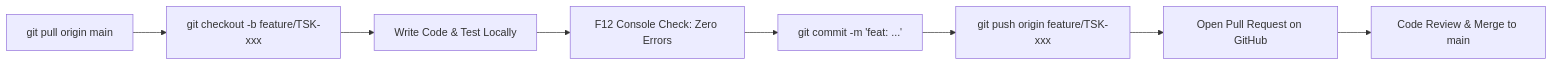
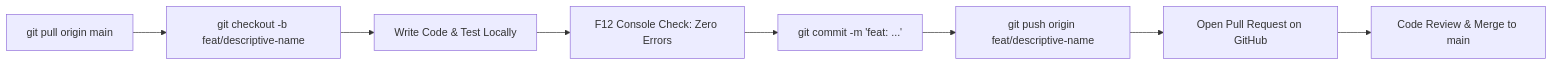
The diagram in CONTRIBUTING.md (1st-Petaling-Jaya-Boys-Brigade/1stPetalingJayaBoys-Brigade-), drawn with Mermaid before and after one commit. The commit also changed other lines of this file and 43 other files, not shown here.

````diff
--- a/CONTRIBUTING.md
+++ b/CONTRIBUTING.md
@@ -64,10 +64,10 @@
 ```mermaid
 flowchart LR
-    A["git pull origin main"] --> B["git checkout -b feature/TSK-xxx"]
+    A["git pull origin main"] --> B["git checkout -b feat/descriptive-name"]
     B --> C["Write Code & Test Locally"]
     C --> D["F12 Console Check: Zero Errors"]
     D --> E["git commit -m 'feat: ...'"]
-    E --> F["git push origin feature/TSK-xxx"]
+    E --> F["git push origin feat/descriptive-name"]
     F --> G["Open Pull Request on GitHub"]
     G --> H["Code Review & Merge to main"]
 ```
````
